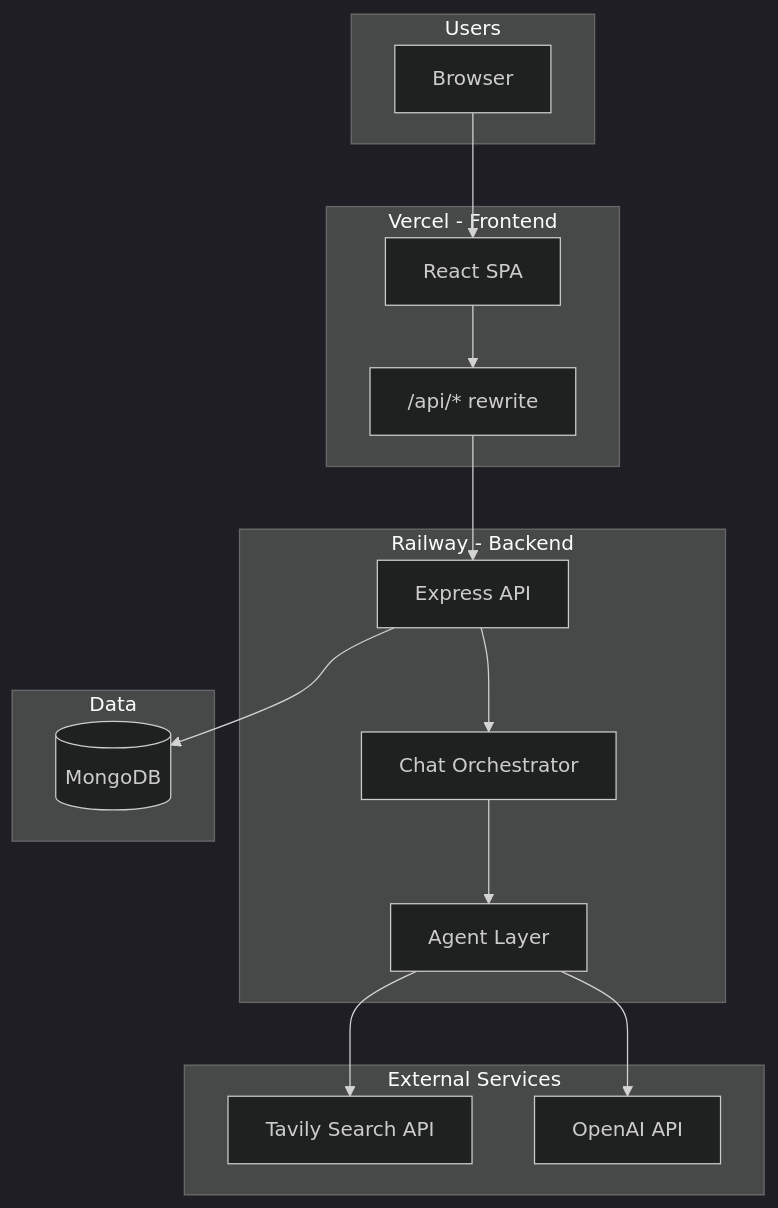
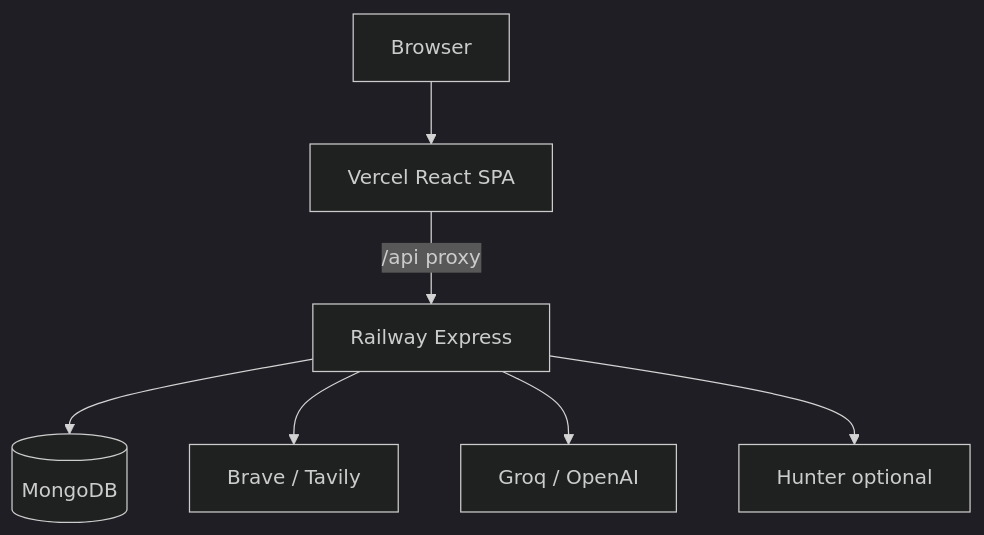
The diagram in PROJECT_ANALYSIS.md (loopcstrategies-star/sales-manager-ai), drawn with Mermaid (dark theme) before and after one commit. The commit also changed other lines of this file and 17 other files, not shown here.

````diff
--- a/PROJECT_ANALYSIS.md
+++ b/PROJECT_ANALYSIS.md
@@ -16,35 +19,9 @@
 ```mermaid
 flowchart TB
-  subgraph users [Users]
-    Browser[Browser]
-  end
-
-  subgraph vercel [Vercel - Frontend]
-    SPA[React SPA]
-    Proxy["/api/* rewrite"]
-  end
-
-  subgraph railway [Railway - Backend]
-    API[Express API]
-    ORCH[Chat Orchestrator]
-    Agents[Agent Layer]
-  end
-
-  subgraph data [Data]
-    Mongo[(MongoDB)]
-  end
-
-  subgraph external [External Services]
-    Tavily[Tavily Search API]
-    OpenAI[OpenAI API]
-  end
-
-  Browser --> SPA
-  SPA --> Proxy
-  Proxy --> API
-  API --> Mongo
-  API --> ORCH
-  ORCH --> Agents
-  Agents --> Tavily
-  Agents --> OpenAI
+  Browser --> VercelSPA[Vercel React SPA]
+  VercelSPA -->|/api proxy| RailwayAPI[Railway Express]
+  RailwayAPI --> Mongo[(MongoDB)]
+  RailwayAPI --> Search[Brave / Tavily]
+  RailwayAPI --> LLM[Groq / OpenAI]
+  RailwayAPI --> HunterOpt[Hunter optional]
 ```
````
